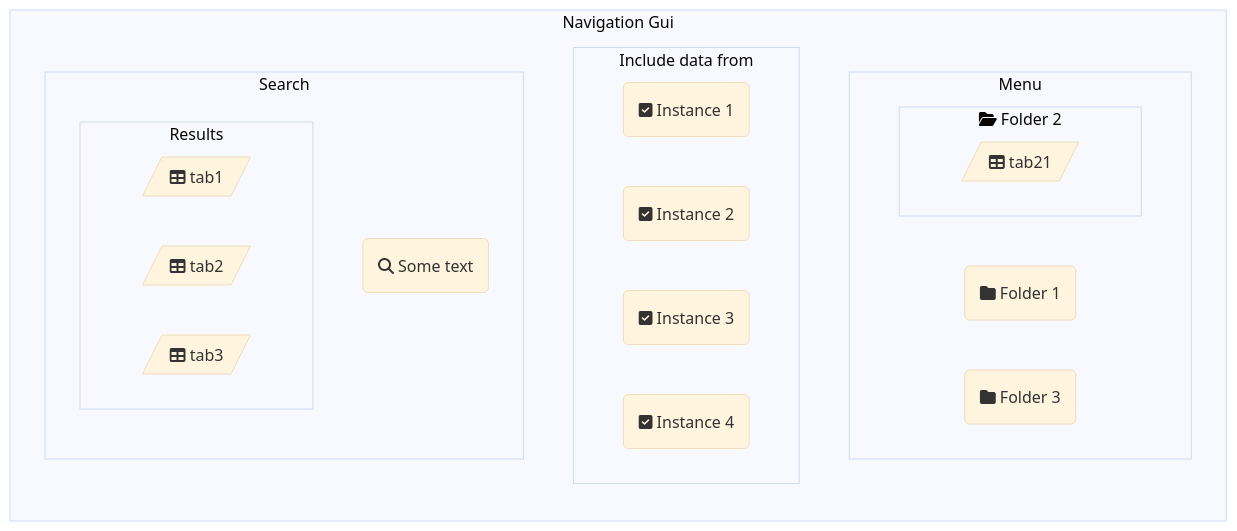
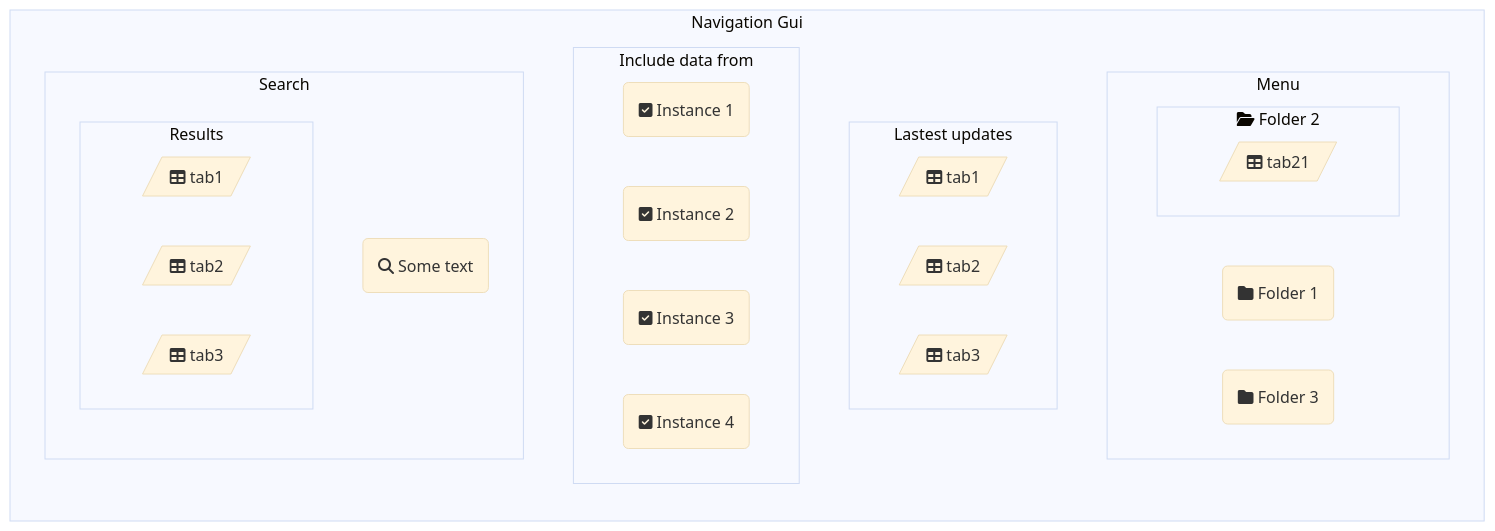
One commit to PxTools/PxApiSpecs changed the diagram in sketches/NavigationGui.md. Above: the diagram before and after it, drawn with Mermaid (base theme).

````diff
--- a/sketches/NavigationGui.md
+++ b/sketches/NavigationGui.md
@@ -4,28 +4,33 @@
 ```mermaid
 flowchart LR
   subgraph A [Navigation Gui]
   direction TB
   subgraph Menu
     M1("fa:fa-folder Folder 1")
     subgraph M2["fa:fa-folder-open Folder 2"]
       M21[/fa:fa-table tab21/]
     end
     M3("fa:fa-folder Folder 3")
+  end
+  subgraph Lastest updates
+      l1[/fa:fa-table tab1/]
+      l2[/fa:fa-table tab2/]
+      l3[/fa:fa-table tab3/]
   end
   subgraph Include data from
     I1("fa:fa-check-square Instance 1")
     I2("fa:fa-check-square Instance 2")
     I3("fa:fa-check-square Instance 3")
     I4("fa:fa-check-square Instance 4")
   end
   subgraph Search
     s1("fa:fa-search Some text")
     direction TB
     subgraph Results
       r1[/fa:fa-table tab1/]
       r2[/fa:fa-table tab2/]
       r3[/fa:fa-table tab3/]
     end 
   end
 end
 ```
````
